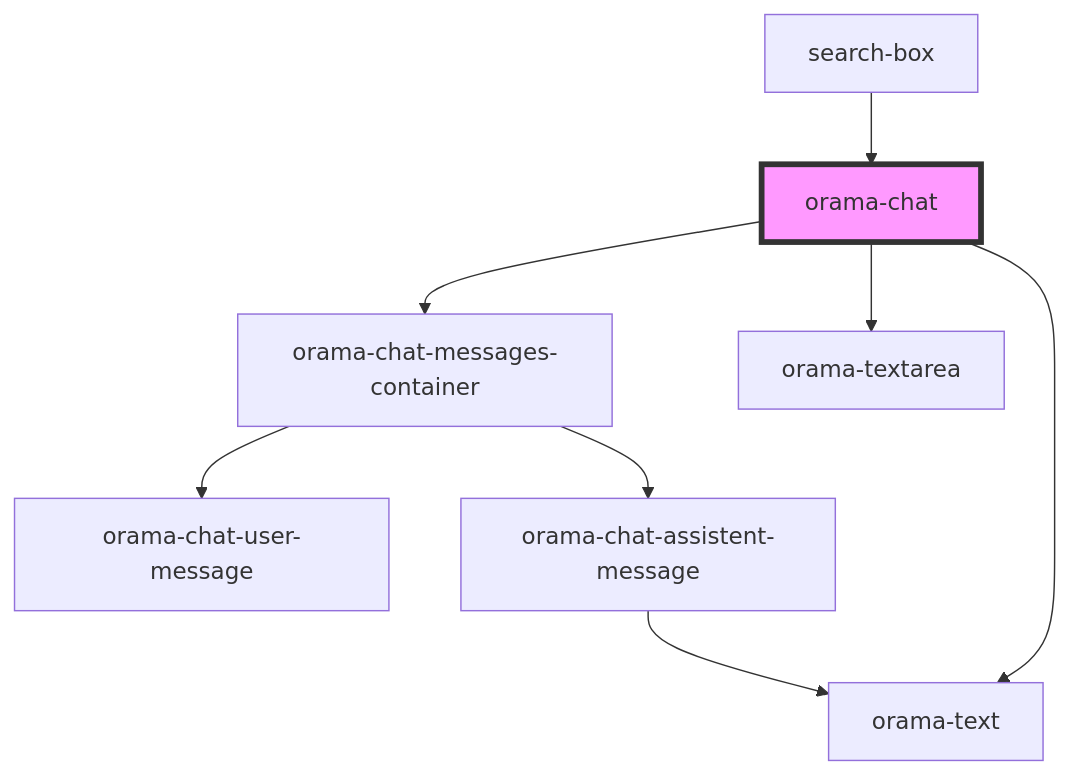
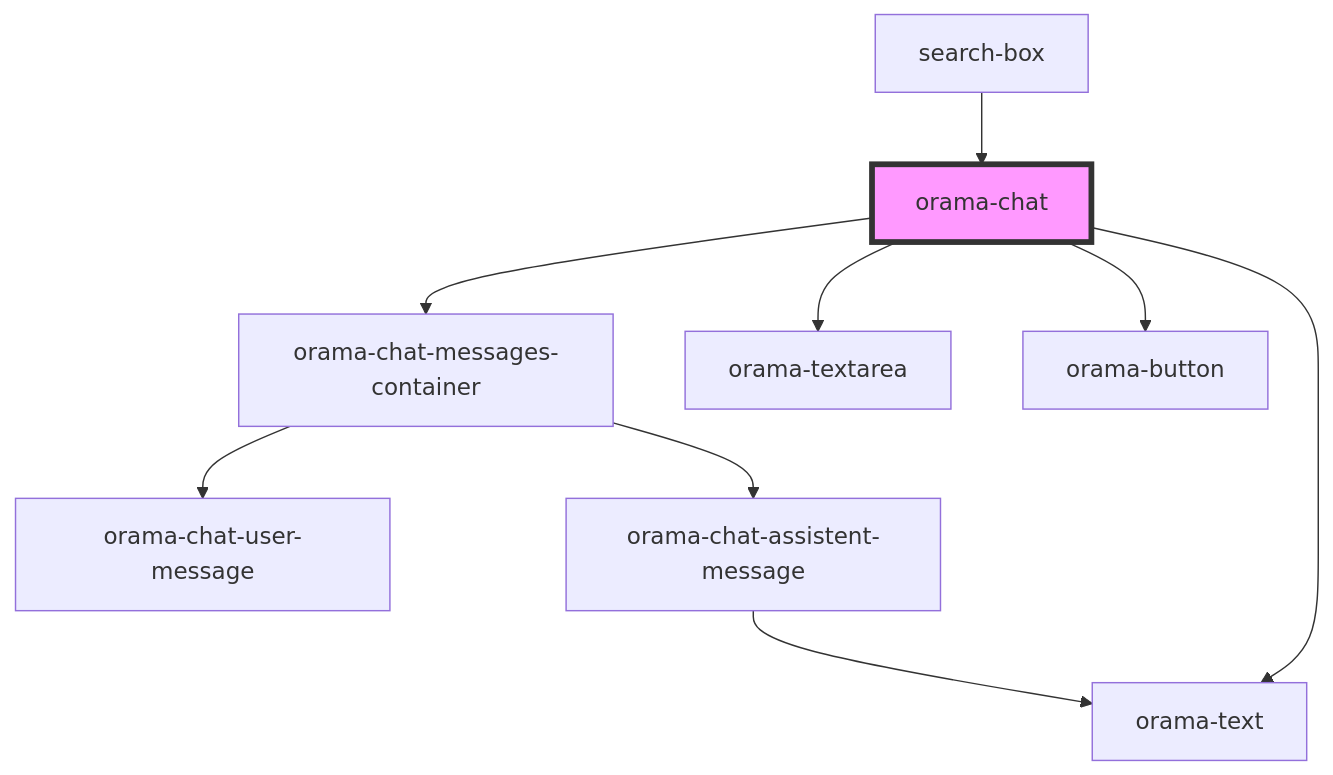
One commit to askorama/orama-ui-components changed the diagram in packages/ui-stencil/src/components/internal/orama-chat/readme.md. Above: the diagram before and after it, drawn with Mermaid. The commit also changed other lines of this file and 16 other files, not shown here.

````diff
--- a/packages/ui-stencil/src/components/internal/orama-chat/readme.md
+++ b/packages/ui-stencil/src/components/internal/orama-chat/readme.md
@@ -21,11 +22,12 @@
 ```mermaid
 graph TD;
   orama-chat --> orama-chat-messages-container
   orama-chat --> orama-textarea
+  orama-chat --> orama-button
   orama-chat --> orama-text
   orama-chat-messages-container --> orama-chat-user-message
   orama-chat-messages-container --> orama-chat-assistent-message
   orama-chat-assistent-message --> orama-text
   search-box --> orama-chat
   style orama-chat fill:#f9f,stroke:#333,stroke-width:4px
 ```
````
